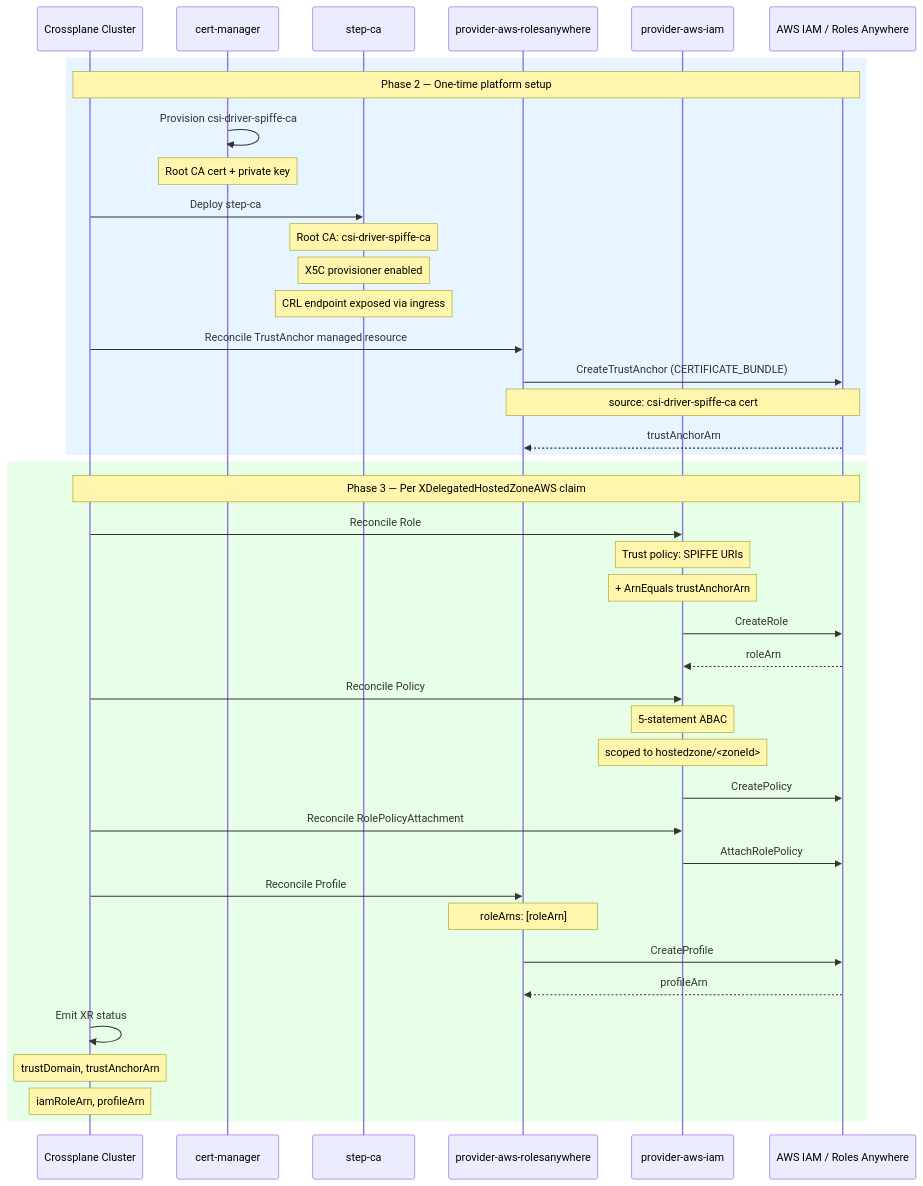
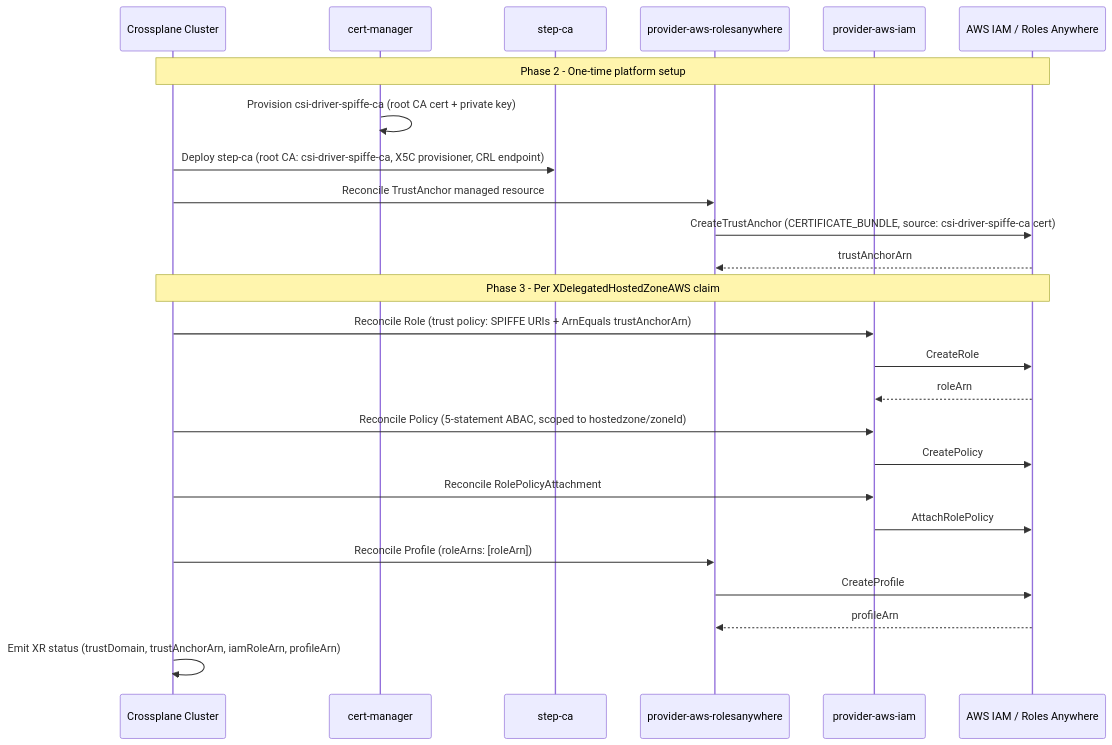
One commit to estenrye/flux-platform-src changed the first of 3 diagrams in doc/adr/0007-crossplane-composition-for-externaldns-and-certmanager-iam-roles-anywhere.md. Above: the diagram before and after it, drawn with Mermaid. The commit also changed other lines of this file and 1 other file, not shown here.

Commit message:
Fix sequence diagram rendering

````diff
--- a/doc/adr/0007-crossplane-composition-for-externaldns-and-certmanager-iam-roles-anywhere.md
+++ b/doc/adr/0007-crossplane-composition-for-externaldns-and-certmanager-iam-roles-anywhere.md
@@ -917,45 +917,29 @@
 ```mermaid
 sequenceDiagram
     participant CP as Crossplane Cluster
     participant CM_CP as cert-manager
     participant StepCA as step-ca
     participant RAPA as provider-aws-rolesanywhere
     participant IAMA as provider-aws-iam
     participant AWS as AWS IAM / Roles Anywhere
 
-    rect rgb(230, 245, 255)
-        Note over CP,AWS: Phase 2 — One-time platform setup
-        CM_CP->>CM_CP: Provision csi-driver-spiffe-ca
-        Note over CM_CP: Root CA cert + private key
-        CP->>StepCA: Deploy step-ca
-        Note over StepCA: Root CA: csi-driver-spiffe-ca
-        Note over StepCA: X5C provisioner enabled
-        Note over StepCA: CRL endpoint exposed via ingress
-        CP->>RAPA: Reconcile TrustAnchor managed resource
-        RAPA->>AWS: CreateTrustAnchor (CERTIFICATE_BUNDLE)
-        Note over RAPA,AWS: source: csi-driver-spiffe-ca cert
-        AWS-->>RAPA: trustAnchorArn
-    end
+    Note over CP,AWS: Phase 2 - One-time platform setup
+    CM_CP->>CM_CP: Provision csi-driver-spiffe-ca (root CA cert + private key)
+    CP->>StepCA: Deploy step-ca (root CA: csi-driver-spiffe-ca, X5C provisioner, CRL endpoint)
+    CP->>RAPA: Reconcile TrustAnchor managed resource
+    RAPA->>AWS: CreateTrustAnchor (CERTIFICATE_BUNDLE, source: csi-driver-spiffe-ca cert)
+    AWS-->>RAPA: trustAnchorArn
 
-    rect rgb(230, 255, 230)
-        Note over CP,AWS: Phase 3 — Per XDelegatedHostedZoneAWS claim
-        CP->>IAMA: Reconcile Role
-        Note over IAMA: Trust policy: SPIFFE URIs
-        Note over IAMA: + ArnEquals trustAnchorArn
-        IAMA->>AWS: CreateRole
-        AWS-->>IAMA: roleArn
-        CP->>IAMA: Reconcile Policy
-        Note over IAMA: 5-statement ABAC
-        Note over IAMA: scoped to hostedzone/<zoneId>
-        IAMA->>AWS: CreatePolicy
-        CP->>IAMA: Reconcile RolePolicyAttachment
-        IAMA->>AWS: AttachRolePolicy
-        CP->>RAPA: Reconcile Profile
-        Note over RAPA: roleArns: [roleArn]
-        RAPA->>AWS: CreateProfile
-        AWS-->>RAPA: profileArn
-        CP->>CP: Emit XR status
-        Note over CP: trustDomain, trustAnchorArn
-        Note over CP: iamRoleArn, profileArn
-    end
+    Note over CP,AWS: Phase 3 - Per XDelegatedHostedZoneAWS claim
+    CP->>IAMA: Reconcile Role (trust policy: SPIFFE URIs + ArnEquals trustAnchorArn)
+    IAMA->>AWS: CreateRole
+    AWS-->>IAMA: roleArn
+    CP->>IAMA: Reconcile Policy (5-statement ABAC, scoped to hostedzone/zoneId)
+    IAMA->>AWS: CreatePolicy
+    CP->>IAMA: Reconcile RolePolicyAttachment
+    IAMA->>AWS: AttachRolePolicy
+    CP->>RAPA: Reconcile Profile (roleArns: [roleArn])
+    RAPA->>AWS: CreateProfile
+    AWS-->>RAPA: profileArn
+    CP->>CP: Emit XR status (trustDomain, trustAnchorArn, iamRoleArn, profileArn)
 ```
````
